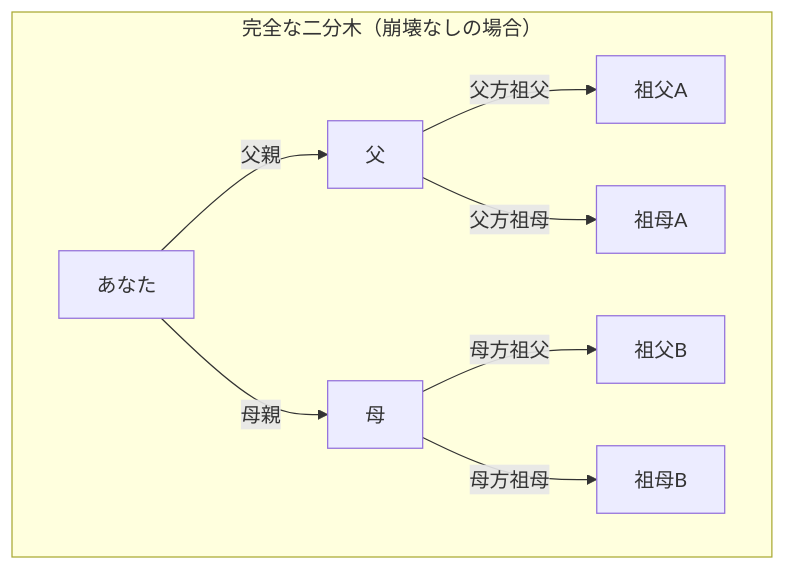
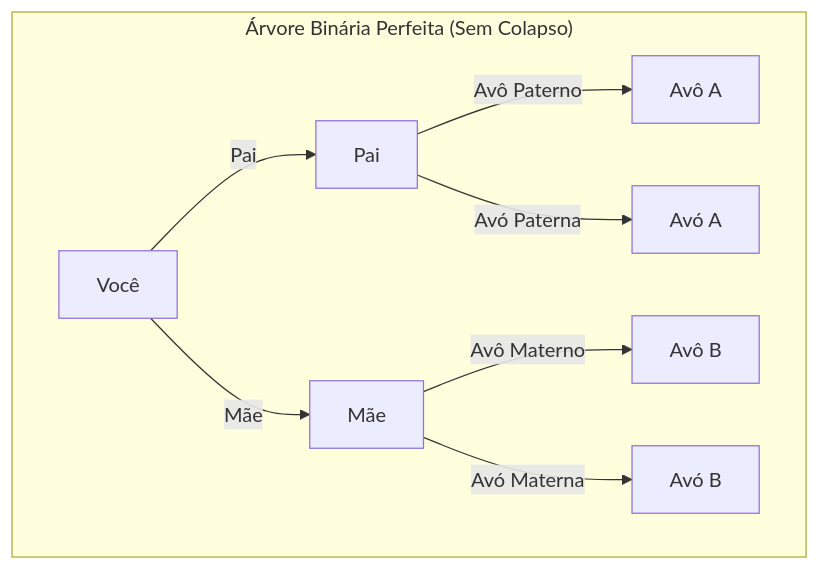
One commit to kenjinote/blog changed the first of 3 diagrams in content/post/pedigree-collapse/index.pt.md. Above: the diagram before and after it, drawn with Mermaid. The commit also changed other lines of this file and 28 other files, not shown here.

Commit message:
Translate Japanese text inside Mermaid diagrams to respective languages

````diff
--- a/content/post/pedigree-collapse/index.pt.md
+++ b/content/post/pedigree-collapse/index.pt.md
@@ -52,11 +52,11 @@
 ```mermaid
 graph TD
-    subgraph "完全な二分木（崩壊なしの場合）"
-        A1["あなた"] -->|"父親"| B1["父"]
-        A1 -->|"母親"| B2["母"]
-        B1 -->|"父方祖父"| C1["祖父A"]
-        B1 -->|"父方祖母"| C2["祖母A"]
-        B2 -->|"母方祖父"| C3["祖父B"]
-        B2 -->|"母方祖母"| C4["祖母B"]
+    subgraph "Árvore Binária Perfeita (Sem Colapso)"
+        A1["Você"] -->|"Pai"| B1["Pai"]
+        A1 -->|"Mãe"| B2["Mãe"]
+        B1 -->|"Avô Paterno"| C1["Avô A"]
+        B1 -->|"Avó Paterna"| C2["Avó A"]
+        B2 -->|"Avô Materno"| C3["Avô B"]
+        B2 -->|"Avó Materna"| C4["Avó B"]
     end
 ```
````
